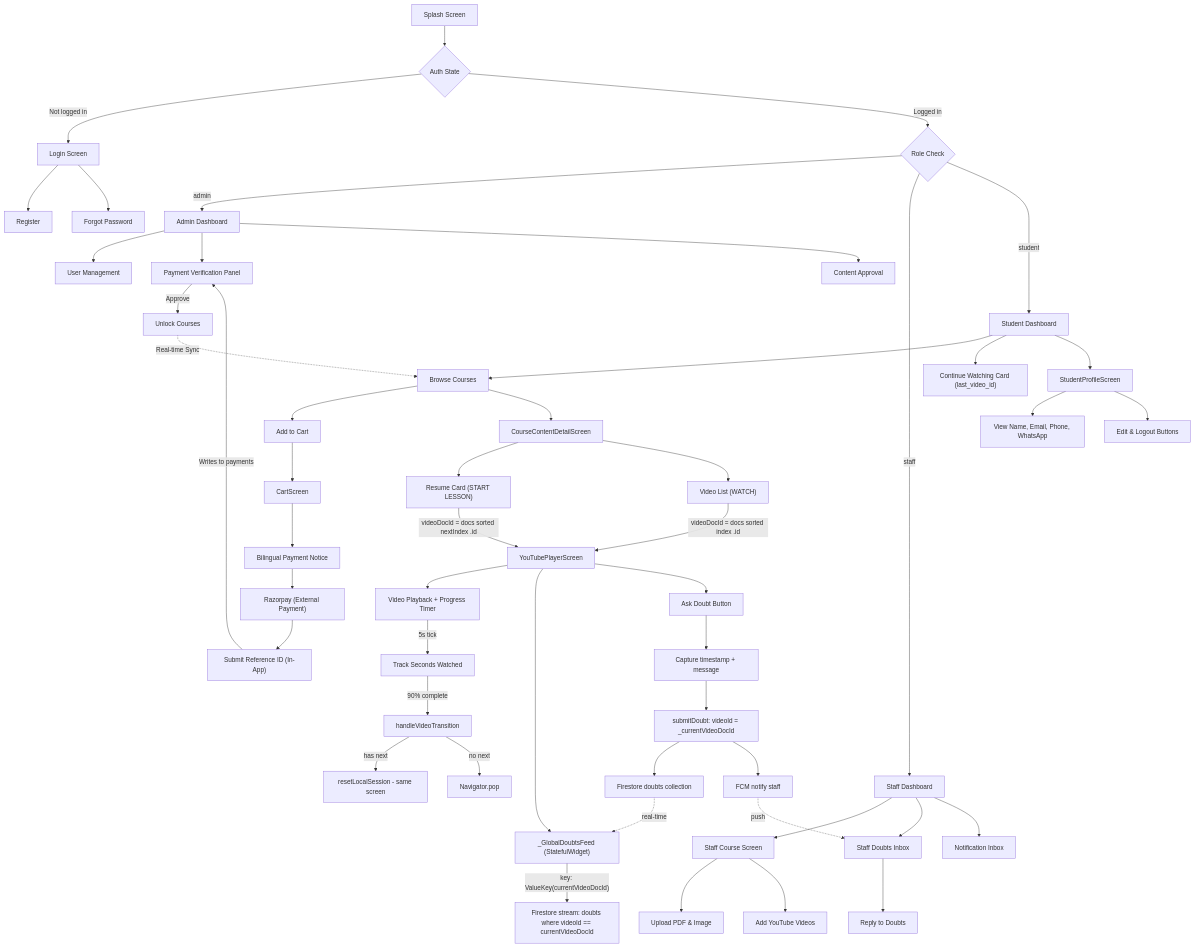
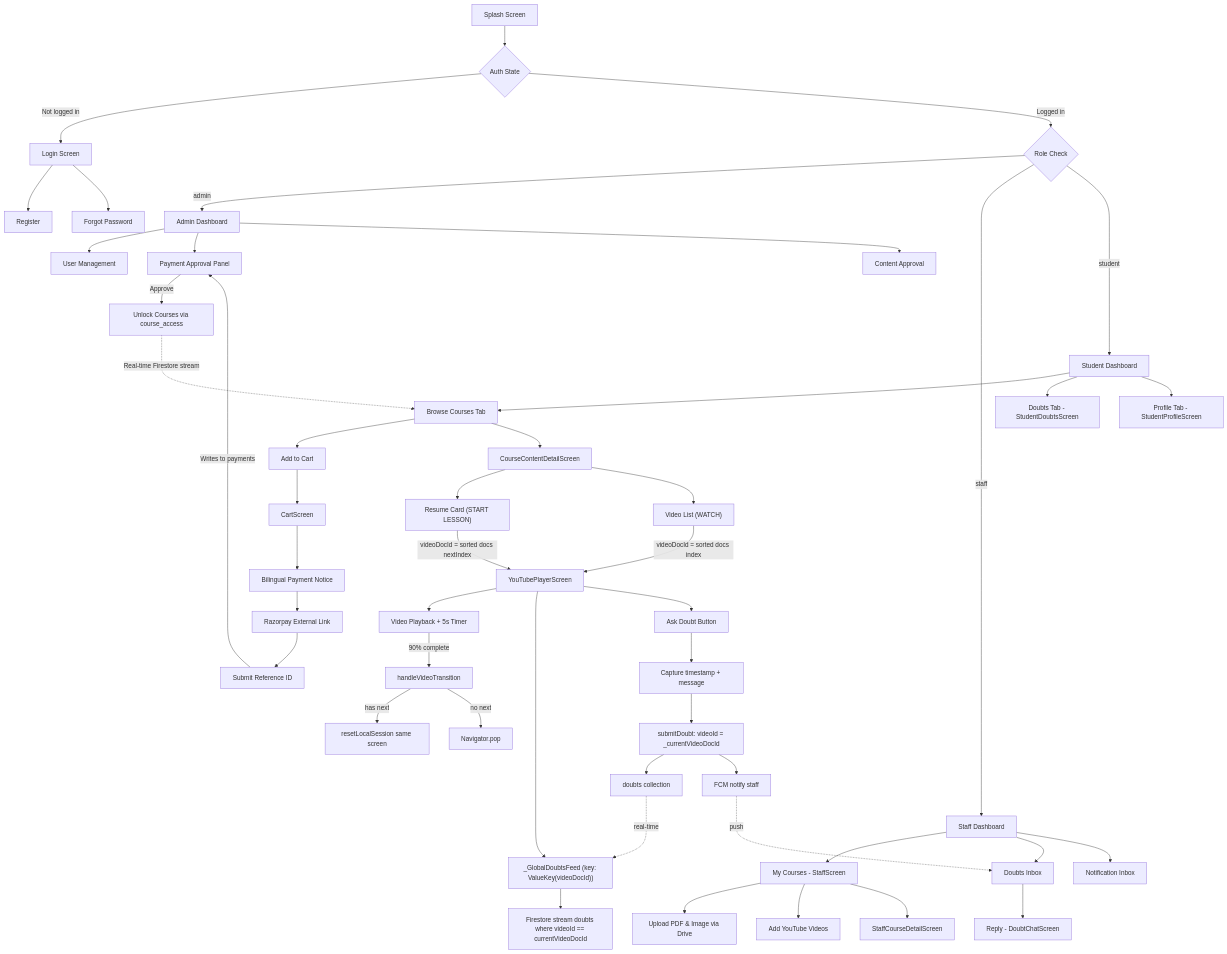
One commit to Vinothkumar0311/Vaagai_app changed the diagram in README.md. Above: the diagram before and after it, drawn with Mermaid. The commit also changed other lines of this file and 12 other files, not shown here.

````diff
--- a/README.md
+++ b/README.md
@@ -499,64 +458,62 @@
 ```mermaid
 graph TD
     A[Splash Screen] --> B{Auth State}
     B -->|Not logged in| C[Login Screen]
     C --> D[Register] & E[Forgot Password]
     B -->|Logged in| F{Role Check}
 
     F -->|admin| G[Admin Dashboard]
     F -->|staff| H[Staff Dashboard]
     F -->|student| I[Student Dashboard]
 
     G --> G1[User Management]
-    G --> G2[Payment Verification Panel]
+    G --> G2[Payment Approval Panel]
     G --> G3[Content Approval]
-    G2 -->|Approve| G4[Unlock Courses]
+    G2 -->|Approve| G4[Unlock Courses via course_access]
 
-    H --> H1[Staff Course Screen]
-    H1 --> H2[Upload PDF & Image]
+    H --> H1[My Courses - StaffScreen]
+    H1 --> H2[Upload PDF & Image via Drive]
     H1 --> H3[Add YouTube Videos]
-    H --> H4[Staff Doubts Inbox]
-    H4 --> H5[Reply to Doubts]
+    H1 --> H8[StaffCourseDetailScreen]
+    H --> H4[Doubts Inbox]
+    H4 --> H5[Reply - DoubtChatScreen]
     H --> H6[Notification Inbox]
 
-    I --> I1[Browse Courses]
-    I --> I2["Continue Watching Card (last_video_id)"]
-    I1 --> IC["Add to Cart"]
+    I --> I1[Browse Courses Tab]
+    I --> I2[Doubts Tab - StudentDoubtsScreen]
+    I --> I3[Profile Tab - StudentProfileScreen]
+
+    I1 --> IC[Add to Cart]
     IC --> IS[CartScreen]
-    
-    IS --> IP["Bilingual Payment Notice"]
-    IP --> IR["Razorpay (External Payment)"]
-    IR --> IV["Submit Reference ID (In-App)"]
+    IS --> IP[Bilingual Payment Notice]
+    IP --> IR[Razorpay External Link]
+    IR --> IV[Submit Reference ID]
     IV -->|Writes to payments| G2
 
-    I --> I19[StudentProfileScreen]
-    I19 --> I20[View Name, Email, Phone, WhatsApp]
-    I19 --> I21[Edit & Logout Buttons]
+    G4 -..->|Real-time Firestore stream| I1
 
-    I1 --> I3[CourseContentDetailScreen]
-    I3 --> I4["Resume Card (START LESSON)"]
-    I3 --> I5["Video List (WATCH)"]
+    I1 --> I4[CourseContentDetailScreen]
+    I4 --> I5["Resume Card (START LESSON)"]
+    I4 --> I6["Video List (WATCH)"]
 
-    I4 -->|videoDocId = docs sorted nextIndex .id| I6
-    I5 -->|videoDocId = docs sorted index .id| I6
+    I5 -->|videoDocId = sorted docs nextIndex| I7
+    I6 -->|videoDocId = sorted docs index| I7
 
-    I6[YouTubePlayerScreen]
-    I6 --> I7[Video Playback + Progress Timer]
-    I7 -->|5s tick| I8[Track Seconds Watched]
+    I7[YouTubePlayerScreen]
+    I7 --> I8[Video Playback + 5s Timer]
     I8 -->|90% complete| I9[handleVideoTransition]
-    I9 -->|has next| I10[resetLocalSession - same screen]
+    I9 -->|has next| I10[resetLocalSession same screen]
     I9 -->|no next| I11[Navigator.pop]
 
-    I6 --> I12["_GlobalDoubtsFeed (StatefulWidget)"]
-    I12 -->|"key: ValueKey(currentVideoDocId)"| I13["Firestore stream: doubts where videoId == currentVideoDocId"]
+    I7 --> I12["_GlobalDoubtsFeed (key: ValueKey(videoDocId))"]
+    I12 --> I13[Firestore stream doubts where videoId == currentVideoDocId]
 
-    I6 --> I14[Ask Doubt Button]
+    I7 --> I14[Ask Doubt Button]
     I14 --> I15[Capture timestamp + message]
-    I15 --> I16["submitDoubt: videoId = _currentVideoDocId"]
-    I16 --> I17[Firestore doubts collection]
+    I15 --> I16[submitDoubt: videoId = _currentVideoDocId]
+    I16 --> I17[doubts collection]
     I16 --> I18[FCM notify staff]
 
-    I17 -.->|real-time| I12
-    I18 -.->|push| H4
-    G4 -.->|Real-time Sync| I1
+    I17 -..->|real-time| I12
+    I18 -..->|push| H4
 ```
````
